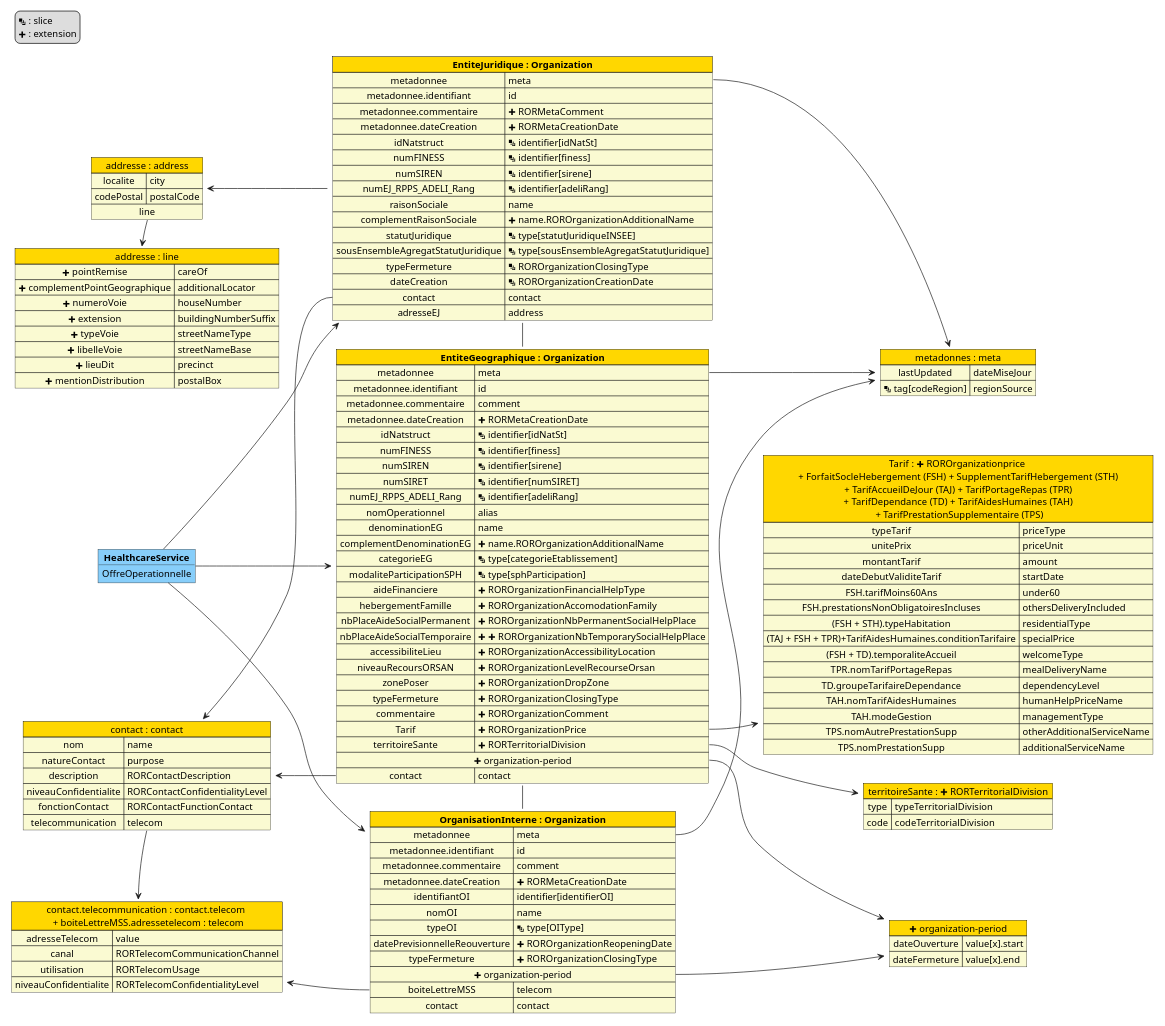
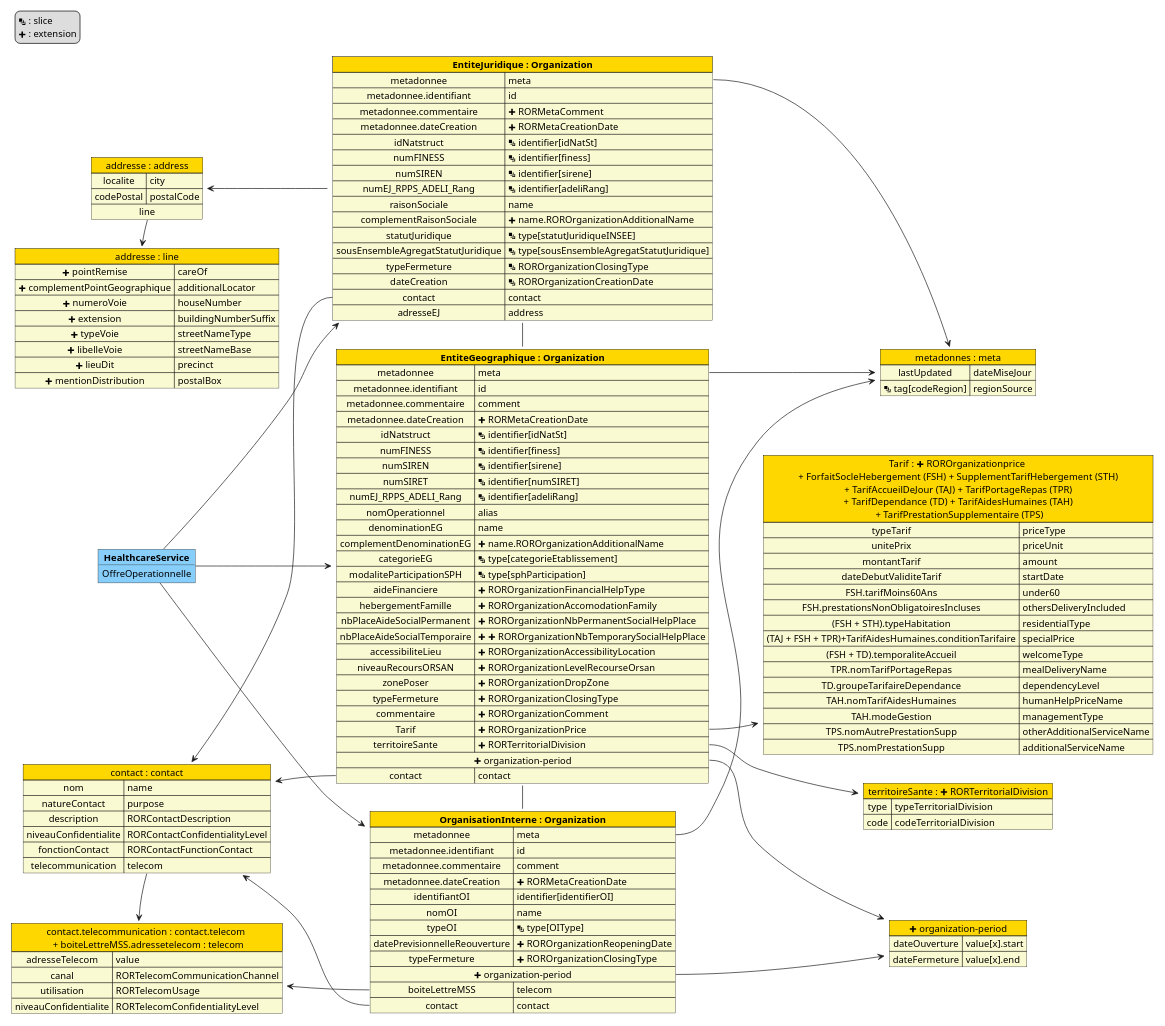
One commit to ansforge/IG-fhir-repertoire-offre-ressources-sante changed the diagram in input/images-source/mapping-Organization.plantuml. Above: the diagram before and after it, drawn with PlantUML.

```diff
--- a/input/images-source/mapping-Organization.plantuml
+++ b/input/images-source/mapping-Organization.plantuml
@@ -1,168 +1,169 @@
 @startuml mapping-Organization
 
 left to right direction
 
 scale 1000 width
 
 legend top left
   <&layers> : slice
   <&plus> : extension
 endlegend
 
 
 map "metadonnes : meta" as meta #back:LightGoldenRodYellow;header:Gold {
     lastUpdated => dateMiseJour 
     <&layers> tag[codeRegion] => regionSource
 }
 
 map "<&plus> organization-period" as period #back:LightGoldenRodYellow;header:Gold {
     dateOuverture => value[x].start
     dateFermeture => value[x].end
 }
 
 map "territoireSante : <&plus> RORTerritorialDivision" as RORTerritorialDivision #back:LightGoldenRodYellow;header:Gold {
     type => typeTerritorialDivision
     code => codeTerritorialDivision
 }
 
 map "Tarif : <&plus> ROROrganizationprice \n +  ForfaitSocleHebergement (FSH) + SupplementTarifHebergement (STH) \n + TarifAccueilDeJour (TAJ) + TarifPortageRepas (TPR) \n + TarifDependance (TD) + TarifAidesHumaines (TAH) \n + TarifPrestationSupplementaire (TPS)" as ROROrganizationPrice #back:LightGoldenRodYellow;header:Gold {
     typeTarif => priceType
     unitePrix => priceUnit
     montantTarif => amount
     dateDebutValiditeTarif => startDate
     FSH.tarifMoins60Ans => under60
     FSH.prestationsNonObligatoiresIncluses => deliveryIncluded
     FSH.prestationsNonObligatoiresIncluses => othersDeliveryIncluded
     (FSH + STH).typeHabitation => residentialType
     (TAJ + FSH + TPR)+TarifAidesHumaines.conditionTarifaire => specialPrice
     (FSH + TD).temporaliteAccueil => welcomeType
     TPR.nomTarifPortageRepas => mealDeliveryName
     TD.groupeTarifaireDependance => dependencyLevel
     TAH.nomTarifAidesHumaines => humanHelpPriceName
     TAH.modeGestion => managementType
     TPS.nomAutrePrestationSupp => otherAdditionalServiceName
     TPS.nomPrestationSupp => additionalServiceName
 }
 
 map "contact : contact" as contact #back:LightGoldenRodYellow;header:Gold {
     nom => name
     natureContact => purpose
     description => RORContactDescription
     niveauConfidentialite => RORContactConfidentialityLevel
     fonctionContact => RORContactFunctionContact
     telecommunication => telecom
 }
 
 map "contact.telecommunication : contact.telecom \n + boiteLettreMSS.adressetelecom : telecom" as telecom #back:LightGoldenRodYellow;header:Gold {
     adresseTelecom => value
     canal => RORTelecomCommunicationChannel
     utilisation => RORTelecomUsage
     niveauConfidentialite => RORTelecomConfidentialityLevel
 }
 map "addresse : line" as addressLine #back:LightGoldenRodYellow;header:Gold {
     <&plus> pointRemise => careOf
     <&plus> complementPointGeographique => additionalLocator
     <&plus> numeroVoie => houseNumber
     <&plus> extension => buildingNumberSuffix
     <&plus> typeVoie => streetNameType
     <&plus> libelleVoie => streetNameBase
     <&plus> lieuDit => precinct
     <&plus> mentionDistribution => postalBox
 }
 
 map "addresse : address" as address #back:LightGoldenRodYellow;header:Gold {
     localite => city
     codePostal => postalCode
     line *-> addressLine
 }
 
 
 map "**EntiteJuridique : Organization**" as EJ #back:LightGoldenRodYellow;header:Gold {
     metadonnee => meta 
     metadonnee.identifiant => id
     metadonnee.commentaire => <&plus> RORMetaComment
     metadonnee.dateCreation => <&plus> RORMetaCreationDate
     idNatstruct => <&layers> identifier[idNatSt]
     numFINESS => <&layers> identifier[finess]
     numSIREN => <&layers> identifier[sirene]
     numEJ_RPPS_ADELI_Rang => <&layers> identifier[rppsRang]
     numEJ_RPPS_ADELI_Rang => <&layers> identifier[adeliRang]
     raisonSociale => name
     complementRaisonSociale => <&plus> name.ROROrganizationAdditionalName
     statutJuridique => <&layers> type[statutJuridiqueINSEE]
     sousEnsembleAgregatStatutJuridique => <&layers> type[sousEnsembleAgregatStatutJuridique]
     typeFermeture => <&layers> ROROrganizationClosingType
     dateCreation => <&layers> ROROrganizationCreationDate
     contact => contact
     adresseEJ => address
 }
 
 map "**EntiteGeographique : Organization**" as EG #back:LightGoldenRodYellow;header:Gold {
     metadonnee => meta 
     metadonnee.identifiant => id
     metadonnee.commentaire => comment
     metadonnee.dateCreation => <&plus> RORMetaCreationDate
     idNatstruct => <&layers> identifier[idNatSt]
     numFINESS => <&layers> identifier[finess]
     numSIREN => <&layers> identifier[sirene]
     numSIRET => <&layers> identifier[numSIRET]
     numEJ_RPPS_ADELI_Rang => <&layers> identifier[rppsRang]
     numEJ_RPPS_ADELI_Rang => <&layers> identifier[adeliRang]
     nomOperationnel => alias
     denominationEG => name
     complementDenominationEG => <&plus> name.ROROrganizationAdditionalName
     categorieEG => <&layers> type[categorieEtablissement] 
     modaliteParticipationSPH => <&layers> type[sphParticipation]
     aideFinanciere => <&plus> ROROrganizationFinancialHelpType
     hebergementFamille => <&plus> ROROrganizationAccomodationFamily
     nbPlaceAideSocialPermanent => <&plus> ROROrganizationNbPermanentSocialHelpPlace
     nbPlaceAideSocialTemporaire => <&plus> <&plus> ROROrganizationNbTemporarySocialHelpPlace
     accessibiliteLieu => <&plus> ROROrganizationAccessibilityLocation
     niveauRecoursORSAN => <&plus> ROROrganizationLevelRecourseOrsan
     zonePoser => <&plus> ROROrganizationDropZone
     typeFermeture => <&plus> ROROrganizationClosingType
     commentaire => <&plus> ROROrganizationComment
     Tarif => <&plus> ROROrganizationPrice
     territoireSante => <&plus> RORTerritorialDivision
     <&plus> organization-period *--> period
     contact => contact
 }
 
 map "**OrganisationInterne : Organization**" as OI #back:LightGoldenRodYellow;header:Gold {
     metadonnee => meta 
     metadonnee.identifiant => id
     metadonnee.commentaire => comment
     metadonnee.dateCreation => <&plus> RORMetaCreationDate
     identifiantOI => identifier[identifierOI]
     nomOI => name
     typeOI => <&layers> type[OIType]
     datePrevisionnelleReouverture => <&plus> ROROrganizationReopeningDate
     typeFermeture => <&plus> ROROrganizationClosingType
     <&plus> organization-period *--> period
     boiteLettreMSS => telecom
     contact => contact
 }
 
 EJ::metadonnee --> meta
 EG::metadonnee --> meta
 OI::metadonnee --> meta
 contact <-- EJ::contact
 contact <-- EG::contact
+contact <-- OI::contact
 contact::telecommunication -> telecom
 telecom <-- OI::boiteLettreMSS
 address <-- EJ::adresse
 EG::territoireSante --> RORTerritorialDivision
 EG::Tarif --> ROROrganizationPrice
 
 
 object "**HealthcareService**" as HS #LightSkyBlue {
     OffreOperationnelle
 }
 
 HS --> EJ
 HS --> EG
 HS --> OI
 EJ - EG 
 EG - OI
 
 @enduml
```
